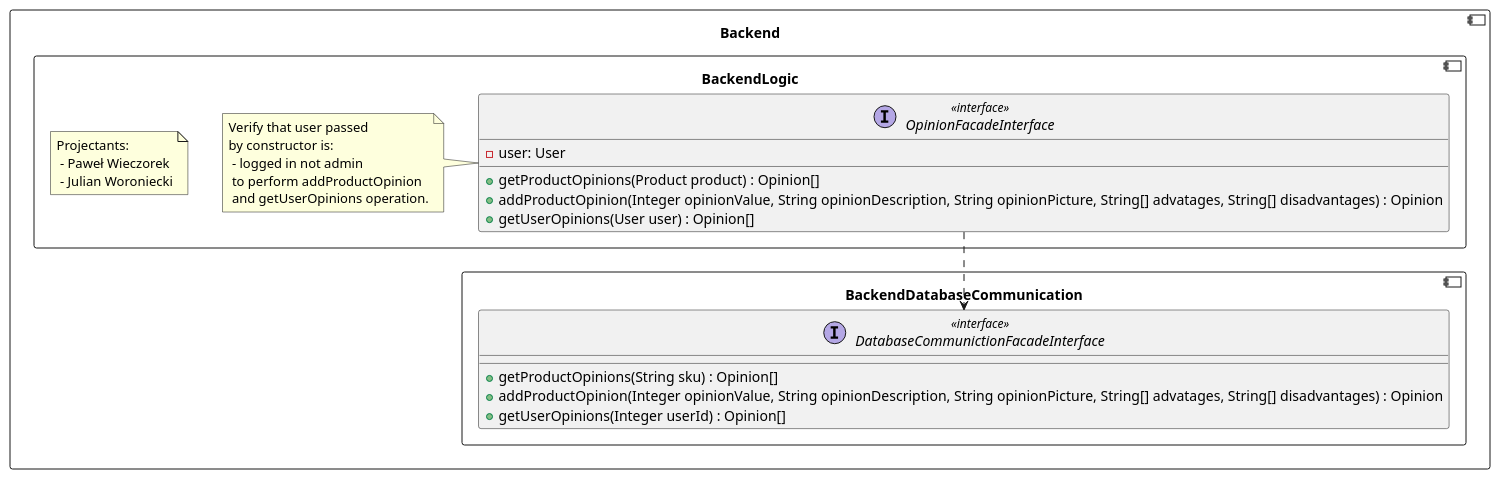
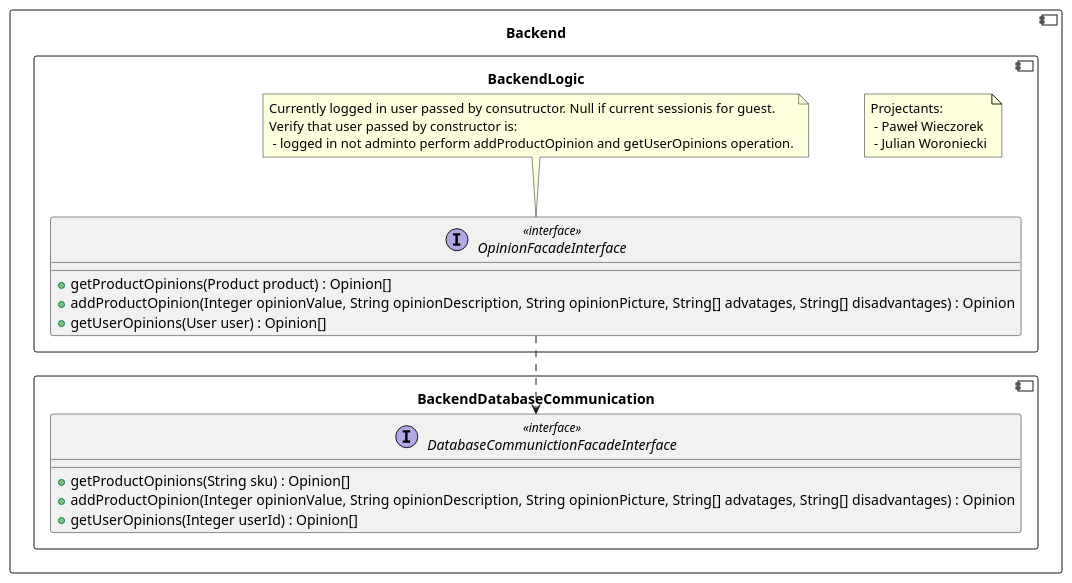
One commit to RadekBucki/OpinionCollectorArchitecture changed the fifth of 5 diagrams in backend/BackendLogic.md. Above: the diagram before and after it, drawn with PlantUML. The commit also changed other lines of this file, not shown here.

Commit message:
Add comment instead of property to interface

````diff
--- a/backend/BackendLogic.md
+++ b/backend/BackendLogic.md
@@ -185,37 +177,34 @@
 ```plantuml
 @startuml
 component Backend {
     component BackendDatabaseCommunication {
         interface DatabaseCommunictionFacadeInterface <<interface>> {
             + getProductOpinions(String sku) : Opinion[]
             + addProductOpinion(Integer opinionValue, String opinionDescription, String opinionPicture, String[] advatages, String[] disadvantages) : Opinion
             + getUserOpinions(Integer userId) : Opinion[]
         }
     }
     
     component BackendLogic {
         note as Authors
             Projectants: 
              - Paweł Wieczorek
              - Julian Woroniecki
         endnote
         
         OpinionFacadeInterface  ..> DatabaseCommunictionFacadeInterface
         interface OpinionFacadeInterface <<interface>> {
-            - user: User
             + getProductOpinions(Product product) : Opinion[]
             + addProductOpinion(Integer opinionValue, String opinionDescription, String opinionPicture, String[] advatages, String[] disadvantages) : Opinion
             + getUserOpinions(User user) : Opinion[]
         }
     
-        note left of OpinionFacadeInterface
-            Verify that user passed
-            by constructor is:
-             - logged in not admin
-             to perform addProductOpinion
-             and getUserOpinions operation.
+        note top of OpinionFacadeInterface
+            Currently logged in user passed by consutructor. Null if current sessionis for guest.
+            Verify that user passed by constructor is:
+             - logged in not adminto perform addProductOpinion and getUserOpinions operation.
         endnote
     }
 }
 @enduml 
 ```
````
